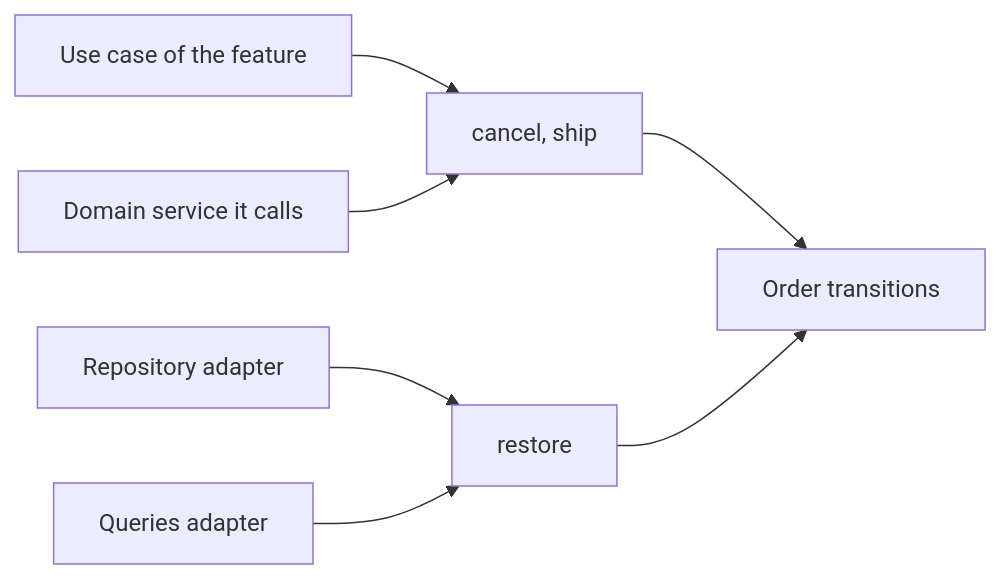
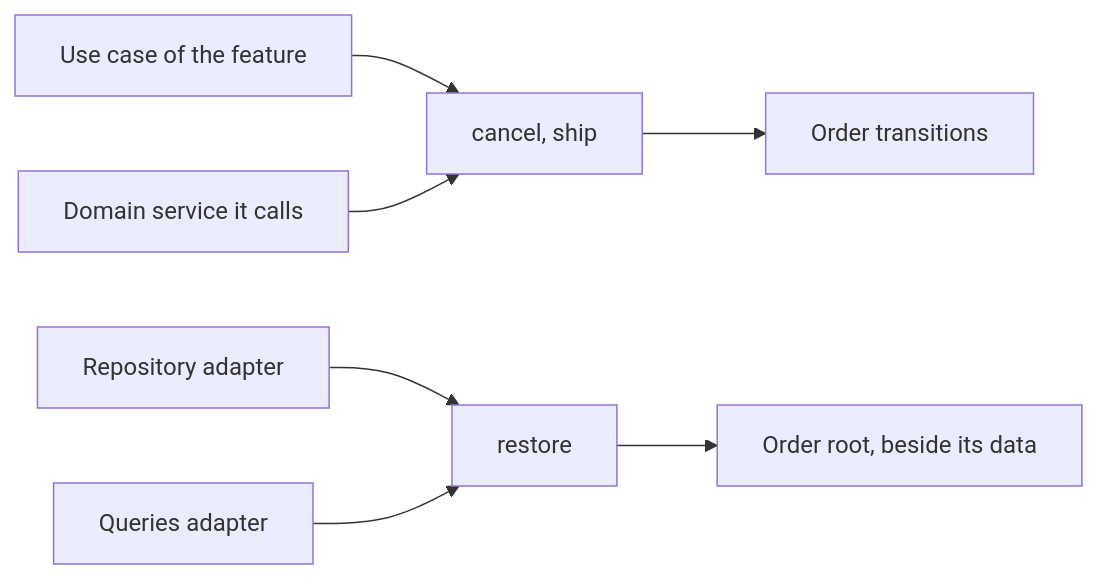
One commit to droneey/constitution changed the diagram in apps/docs/content/examples/domain-model-changed-only-through-a-use-case.md. Above: the diagram before and after it, drawn with Mermaid. The commit also changed 134 other files, not shown here.

````diff
--- a/apps/docs/content/examples/domain-model-changed-only-through-a-use-case.md
+++ b/apps/docs/content/examples/domain-model-changed-only-through-a-use-case.md
@@ -1,9 +1,9 @@
 ```mermaid
 flowchart LR
   useCase[Use case of the feature] --> moves[cancel, ship]
   service[Domain service it calls] --> moves
   repository[Repository adapter] --> rebuild[restore]
   queries[Queries adapter] --> rebuild
   moves --> transitions[Order transitions]
-  rebuild --> transitions
+  rebuild --> root[Order root, beside its data]
 ```
````
